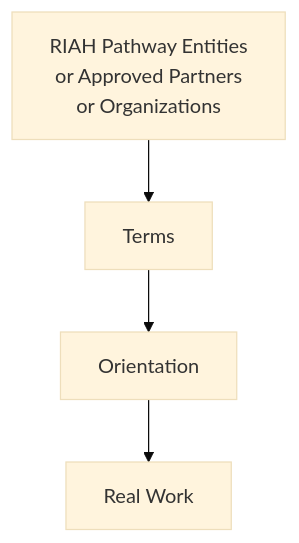
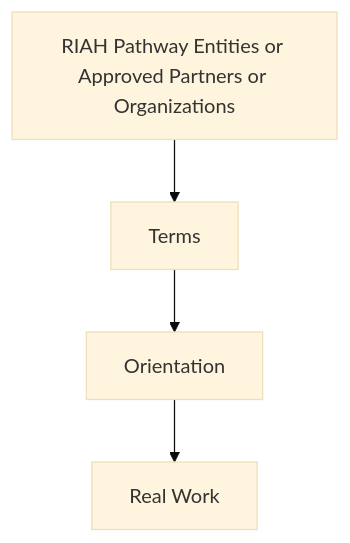
Before and after one commit to RIAHPathway/Website-Draft: diagram 13 of 18 in RIAH-PATHWAY-EXPERIENTIAL-STRUCTURE/EXPERIENTIAL-STRUCTURE.md, drawn with Mermaid (base theme). The commit also changed other lines of this file, not shown here.

Commit message:
Fix experiential Mermaid rendering

````diff
--- a/RIAH-PATHWAY-EXPERIENTIAL-STRUCTURE/EXPERIENTIAL-STRUCTURE.md
+++ b/RIAH-PATHWAY-EXPERIENTIAL-STRUCTURE/EXPERIENTIAL-STRUCTURE.md
@@ -586,6 +586,6 @@
 ```mermaid
-graph TD
-    A["RIAH Pathway Entities<br/>or Approved Partners<br/>or Organizations"] --> B["Terms"]
+flowchart TD
+    A["RIAH Pathway Entities or Approved Partners or Organizations"] --> B["Terms"]
     B --> C["Orientation"]
     C --> D["Real Work"]
 ```
````
